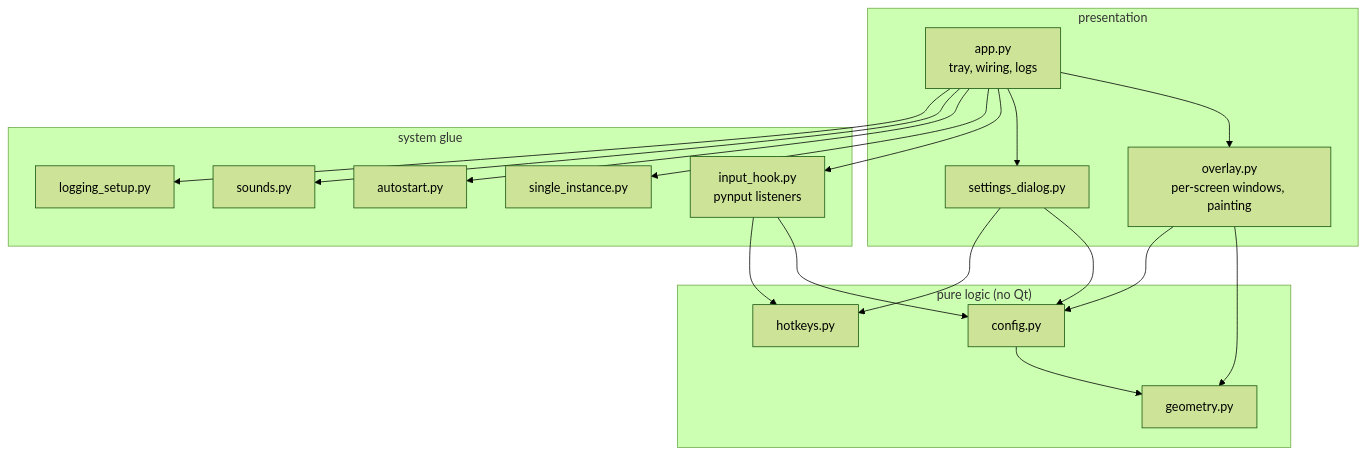
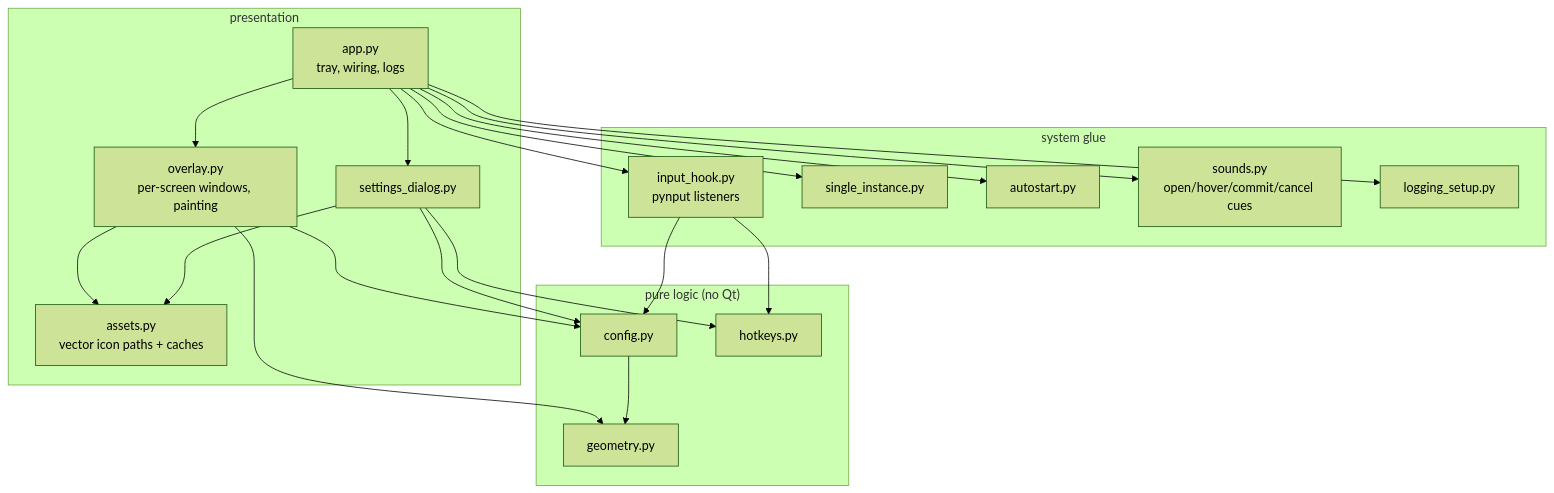
The first of 3 diagrams in docs/03-design.md (RealSenioume/SDfno3_1101), drawn with Mermaid (forest theme) before and after one commit. The commit also changed other lines of this file and 18 other files, not shown here.

````diff
--- a/docs/03-design.md
+++ b/docs/03-design.md
@@ -40,34 +40,37 @@
 ```mermaid
 flowchart TD
     subgraph presentation
         APP[app.py<br/>tray, wiring, logs]
         OVL[overlay.py<br/>per-screen windows, painting]
         DLG[settings_dialog.py]
+        ASR[assets.py<br/>vector icon paths + caches]
     end
     subgraph "system glue"
         HOOK[input_hook.py<br/>pynput listeners]
         SINGLE[single_instance.py]
         AUTO[autostart.py]
-        SND[sounds.py]
+        SND[sounds.py<br/>open/hover/commit/cancel cues]
         LOG[logging_setup.py]
     end
     subgraph "pure logic (no Qt)"
         GEO[geometry.py]
         CFG[config.py]
         HK[hotkeys.py]
     end
     APP --> OVL
     APP --> DLG
     APP --> HOOK
     APP --> SINGLE
     APP --> AUTO
     APP --> SND
     APP --> LOG
     OVL --> GEO
     OVL --> CFG
+    OVL --> ASR
     DLG --> CFG
+    DLG --> ASR
     DLG --> HK
     HOOK --> CFG
     HOOK --> HK
     CFG --> GEO
 ```
````
